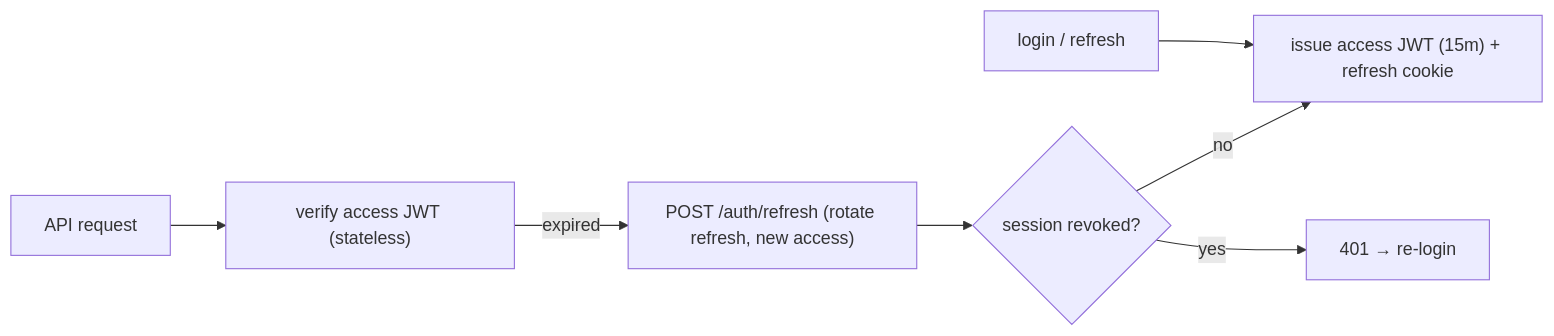
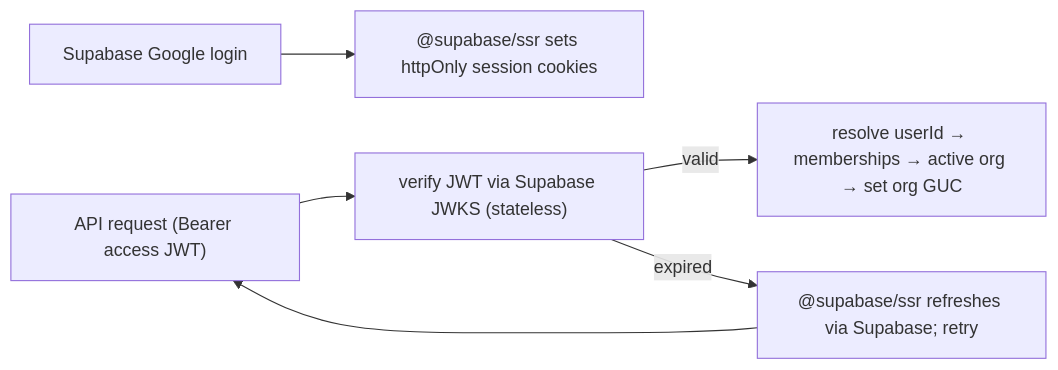
Before and after one commit to anmolbhardwaj17/atlas: the second of 4 diagrams in docs/12-authentication.md, drawn with Mermaid. The commit also changed other lines of this file and 32 other files, not shown here.

````diff
--- a/docs/12-authentication.md
+++ b/docs/12-authentication.md
@@ -105,9 +109,8 @@
 ```mermaid
 flowchart LR
-    LOGIN["login / refresh"] --> ISSUE["issue access JWT (15m) + refresh cookie"]
-    REQ["API request"] --> VERIFY["verify access JWT (stateless)"]
-    VERIFY -- expired --> REFRESH["POST /auth/refresh (rotate refresh, new access)"]
-    REFRESH --> REVOKE{"session revoked?"}
-    REVOKE -- yes --> DENY["401 → re-login"]
-    REVOKE -- no --> ISSUE
+    LOGIN["Supabase Google login"] --> COOKIE["@supabase/ssr sets httpOnly session cookies"]
+    REQ["API request (Bearer access JWT)"] --> VERIFY["verify JWT via Supabase JWKS (stateless)"]
+    VERIFY -- valid --> RESOLVE["resolve userId → memberships → active org → set org GUC"]
+    VERIFY -- expired --> REFRESH["@supabase/ssr refreshes via Supabase; retry"]
+    REFRESH --> REQ
 ```
````
